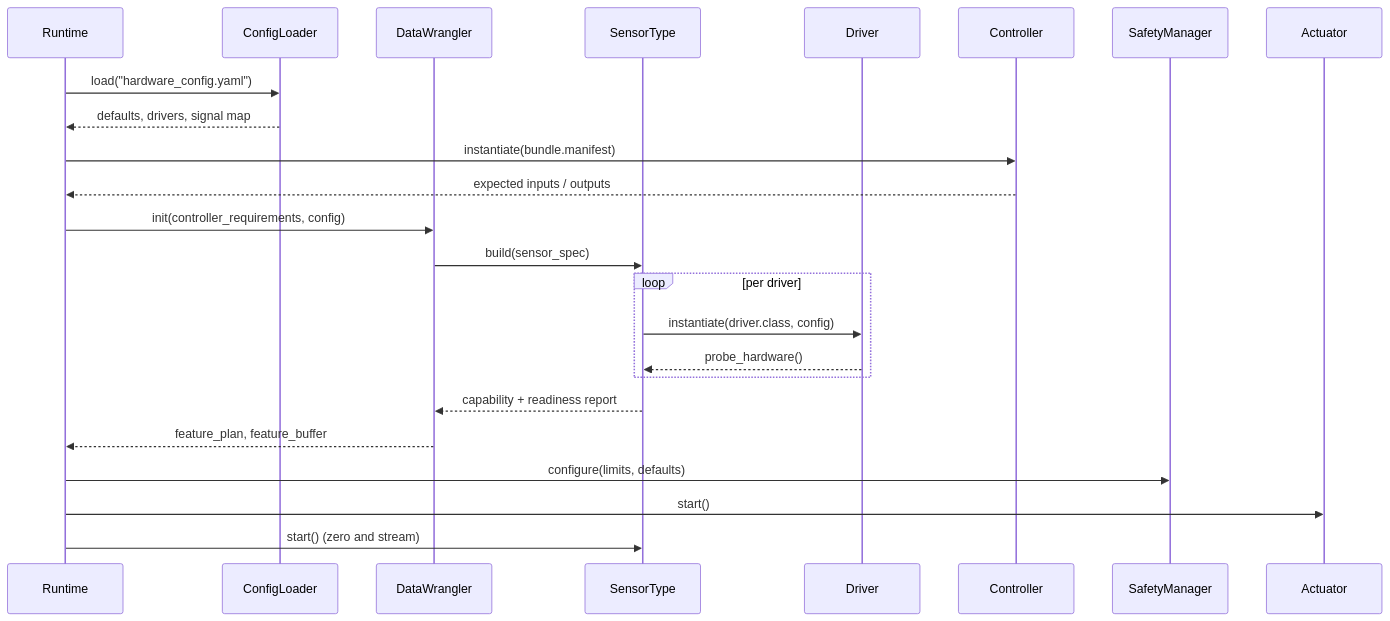
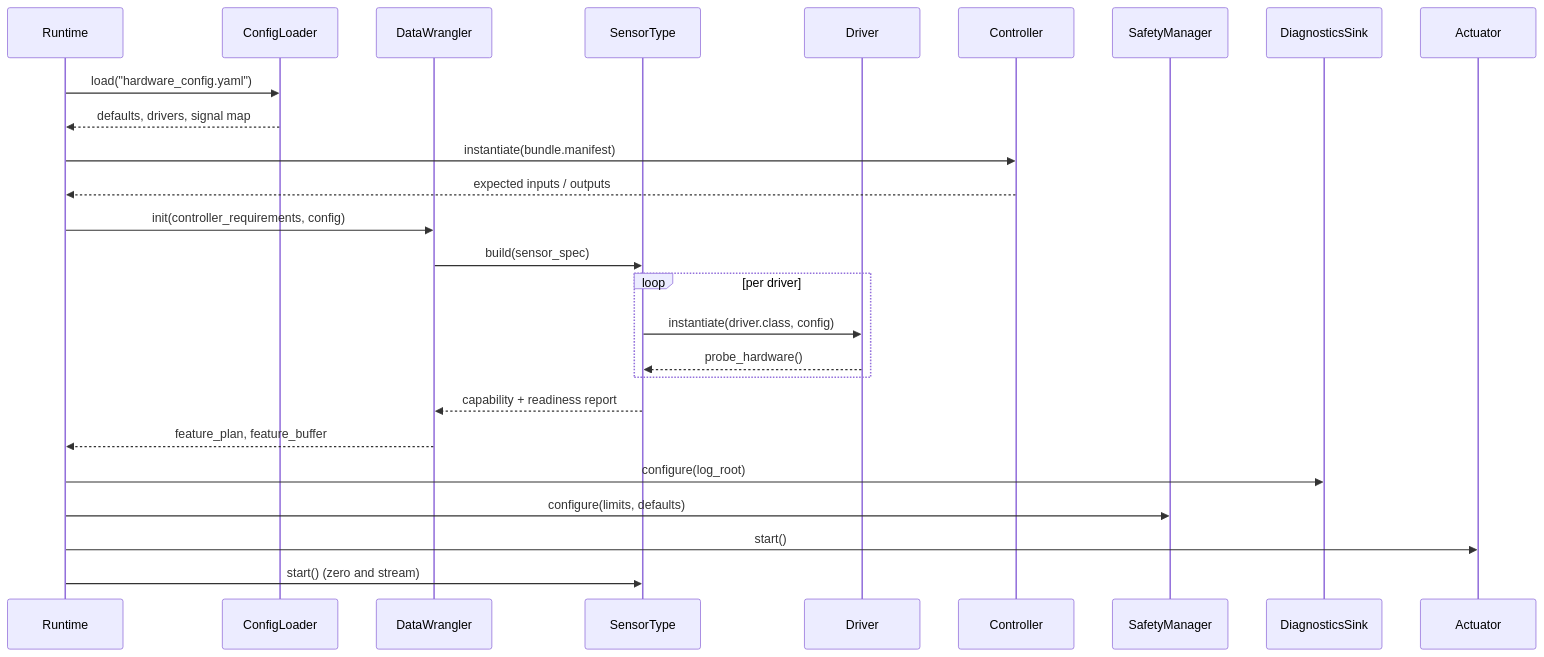
The third of 6 diagrams in docs/architecture.md (jmontp/raspberry-pi-controller-runtime), drawn with Mermaid before and after one commit. The commit also changed other lines of this file, not shown here.

Commit message:
docs: expand architecture documentation

````diff
--- a/docs/architecture.md
+++ b/docs/architecture.md
@@ -87,27 +223,29 @@
 ```mermaid
 sequenceDiagram
     participant Runtime
     participant Config as ConfigLoader
     participant Wrangler as DataWrangler
     participant SensorType
     participant Driver
     participant Controller
     participant Safety as SafetyManager
+    participant Diagnostics as DiagnosticsSink
     participant Actuator
 
     Runtime->>Config: load("hardware_config.yaml")
     Config-->>Runtime: defaults, drivers, signal map
     Runtime->>Controller: instantiate(bundle.manifest)
     Controller-->>Runtime: expected inputs / outputs
     Runtime->>Wrangler: init(controller_requirements, config)
     Wrangler->>SensorType: build(sensor_spec)
     loop per driver
         SensorType->>Driver: instantiate(driver.class, config)
         Driver-->>SensorType: probe_hardware()
     end
     SensorType-->>Wrangler: capability + readiness report
     Wrangler-->>Runtime: feature_plan, feature_buffer
+    Runtime->>Diagnostics: configure(log_root)
     Runtime->>Safety: configure(limits, defaults)
     Runtime->>Actuator: start()
     Runtime->>SensorType: start() (zero and stream)
 ```
````
